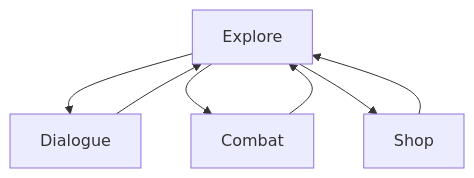
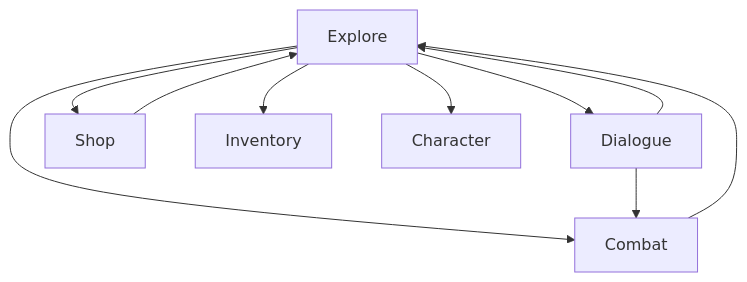
Before and after one commit to tvomacka/Dungeon: the diagram in README.md, drawn with Mermaid.

````diff
--- a/README.md
+++ b/README.md
@@ -15,9 +15,12 @@
 ```mermaid
 graph TD;
     Explore-->Dialogue;
+    Explore-->Combat;
+    Explore-->Shop;
+    Explore-->Inventory;
+    Explore-->Character;
     Dialogue-->Explore;
-    Explore-->Combat;
+    Dialogue-->Combat;
     Combat-->Explore;
-    Explore-->Shop;
     Shop-->Explore;
 ```
````
